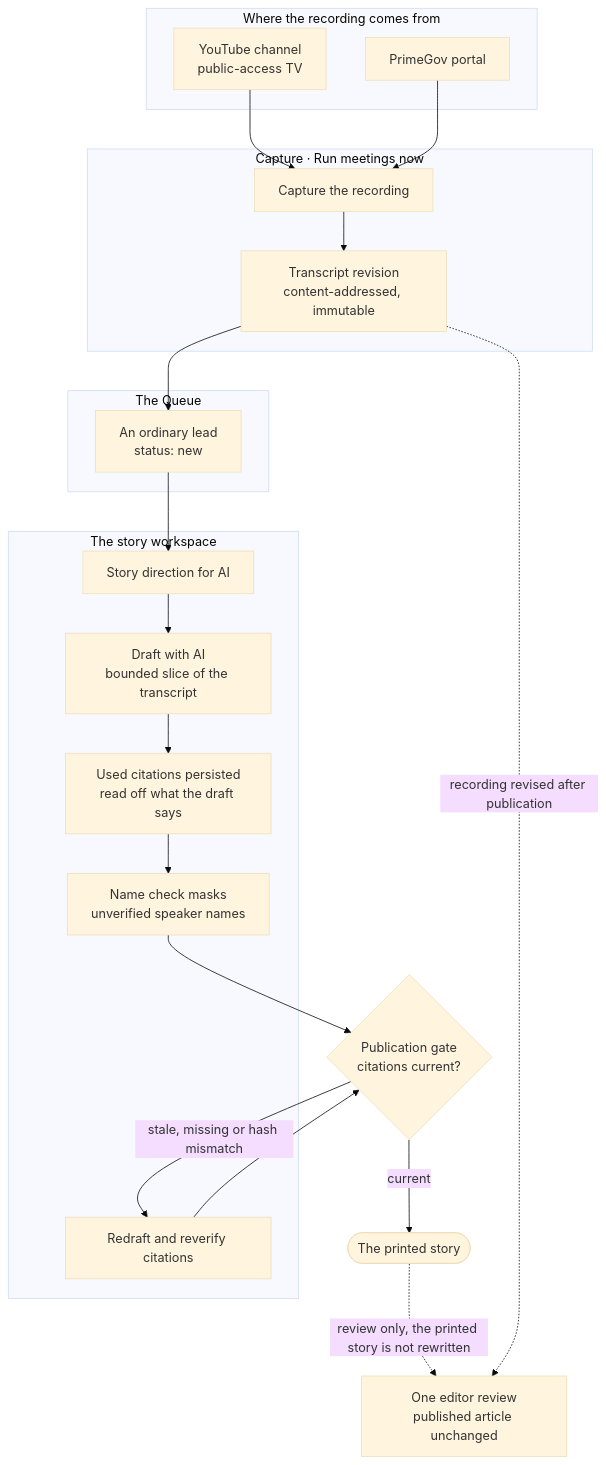
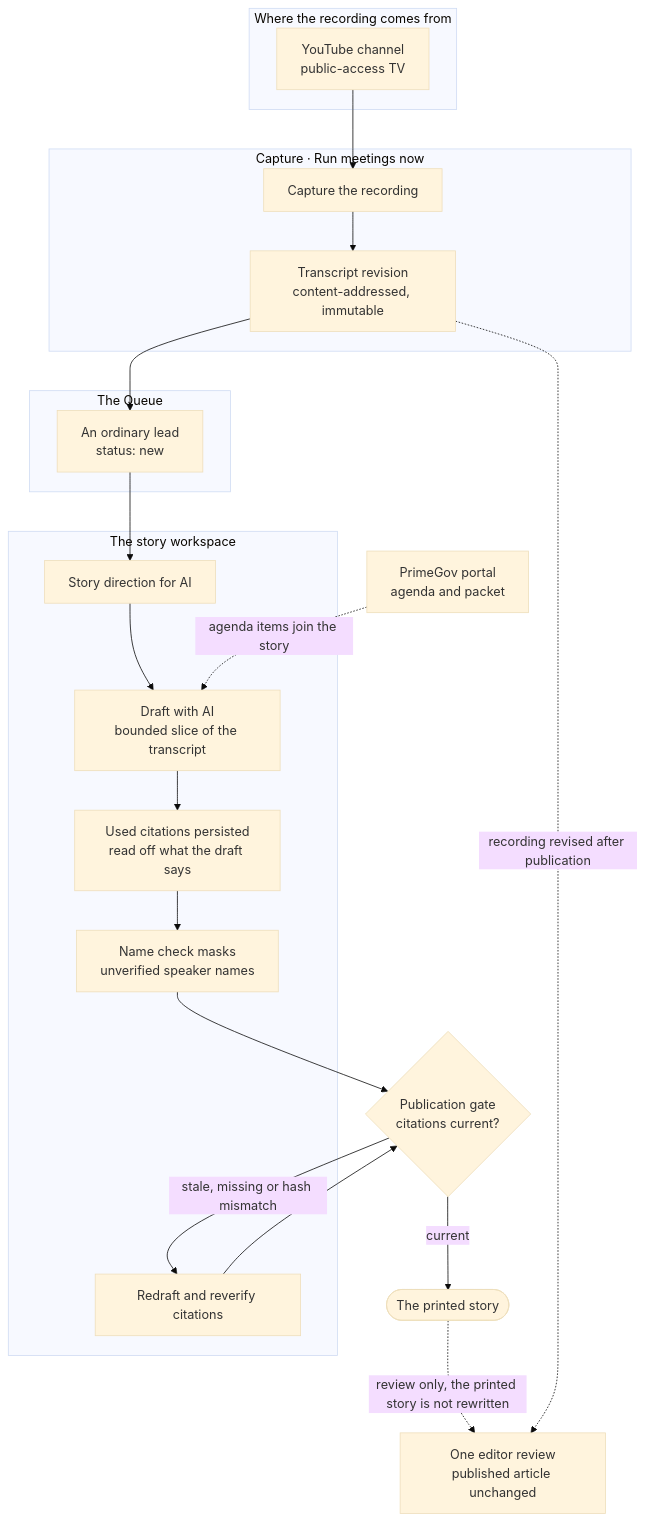
The diagram in docs/diagrams/meeting-to-story.mmd (scottconverse/TownReporter), drawn with Mermaid (base theme) before and after one commit. The commit also changed 4 other files, not shown here.

First line of the commit message:
docs: correct PrimeGov's role in the meeting path

```diff
--- a/docs/diagrams/meeting-to-story.mmd
+++ b/docs/diagrams/meeting-to-story.mmd
@@ -1,41 +1,41 @@
 flowchart TB
     subgraph where["Where the recording comes from"]
         CH["YouTube channel<br/>public-access TV"]
-        PG["PrimeGov portal"]
     end
+    PG["PrimeGov portal<br/>agenda and packet"]
 
     subgraph capturing["Capture · Run meetings now"]
         CAP["Capture the recording"]
         REV["Transcript revision<br/>content-addressed, immutable"]
     end
 
     subgraph queued["The Queue"]
         LEAD["An ordinary lead<br/>status: new"]
     end
 
     subgraph writing["The story workspace"]
         DIR["Story direction for AI"]
         DRAFT["Draft with AI<br/>bounded slice of the transcript"]
         USED["Used citations persisted<br/>read off what the draft says"]
         MASK["Name check masks<br/>unverified speaker names"]
         REDRAFT["Redraft and reverify citations"]
     end
 
     GATE{"Publication gate<br/>citations current?"}
     PAPER(["The printed story"])
     REVIEW["One editor review<br/>published article unchanged"]
 
     CH --> CAP
-    PG --> CAP
+    PG -.->|"agenda items join the story"| DRAFT
     CAP --> REV
     REV --> LEAD
     LEAD --> DIR
     DIR --> DRAFT
     DRAFT --> USED
     USED --> MASK
     MASK --> GATE
     GATE -->|current| PAPER
     GATE -->|"stale, missing or hash mismatch"| REDRAFT
     REDRAFT --> GATE
     REV -.->|"recording revised after publication"| REVIEW
     PAPER -.->|"review only, the printed story is not rewritten"| REVIEW
```
